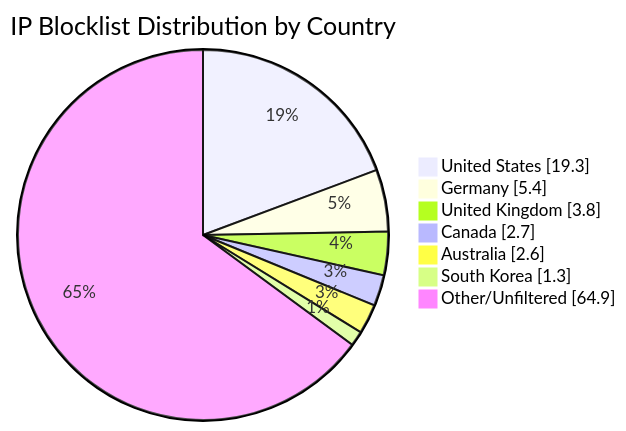
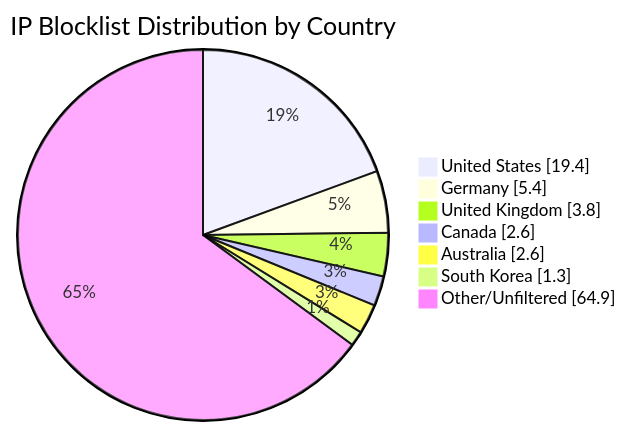
One commit to MarcusHoltz/ipblocklist-geofiltered-aggregator changed the diagram in README.md. Above: the diagram before and after it, drawn with Mermaid. The commit also changed other lines of this file and 9 other files, not shown here.

````diff
--- a/README.md
+++ b/README.md
@@ -34,10 +34,10 @@
 ```mermaid
 pie showData title IP Blocklist Distribution by Country
-"United States" : 19.3
+"United States" : 19.4
 "Germany" : 5.4
 "United Kingdom" : 3.8
-"Canada" : 2.7
+"Canada" : 2.6
 "Australia" : 2.6
 "South Korea" : 1.3
 "Other/Unfiltered" : 64.9
 ```
````
